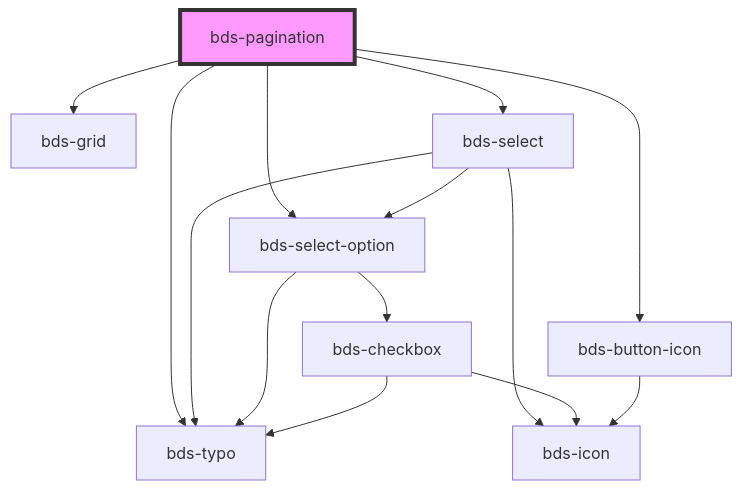
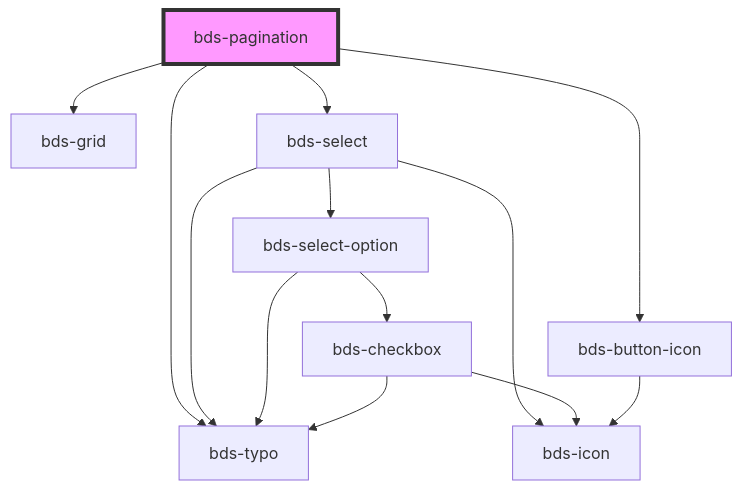
Before and after one commit to takenet/blip-ds: the diagram in src/components/pagination/readme.md, drawn with Mermaid. The commit also changed other lines of this file and 5 other files, not shown here.

````diff
--- a/src/components/pagination/readme.md
+++ b/src/components/pagination/readme.md
@@ -45,17 +44,16 @@
 ```mermaid
 graph TD;
   bds-pagination --> bds-grid
   bds-pagination --> bds-typo
   bds-pagination --> bds-select
-  bds-pagination --> bds-select-option
   bds-pagination --> bds-button-icon
   bds-select --> bds-icon
   bds-select --> bds-typo
   bds-select --> bds-select-option
   bds-select-option --> bds-typo
   bds-select-option --> bds-checkbox
   bds-checkbox --> bds-icon
   bds-checkbox --> bds-typo
   bds-button-icon --> bds-icon
   style bds-pagination fill:#f9f,stroke:#333,stroke-width:4px
 ```
````
